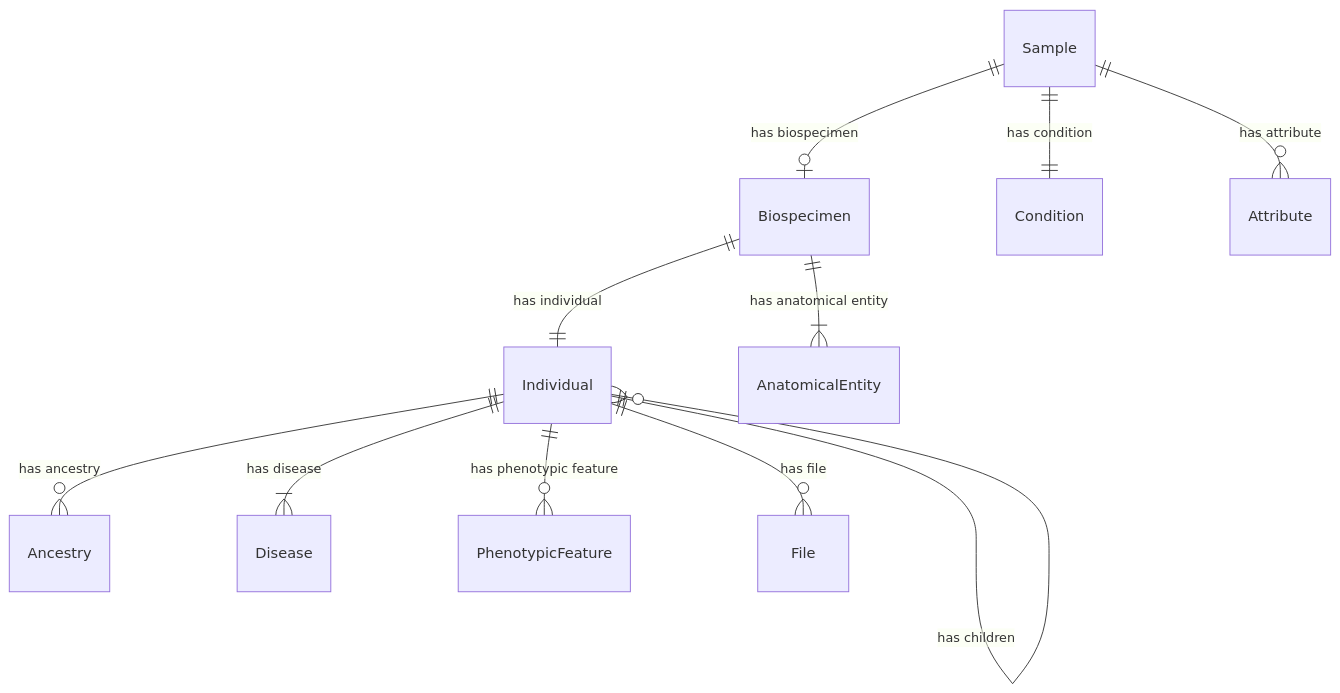
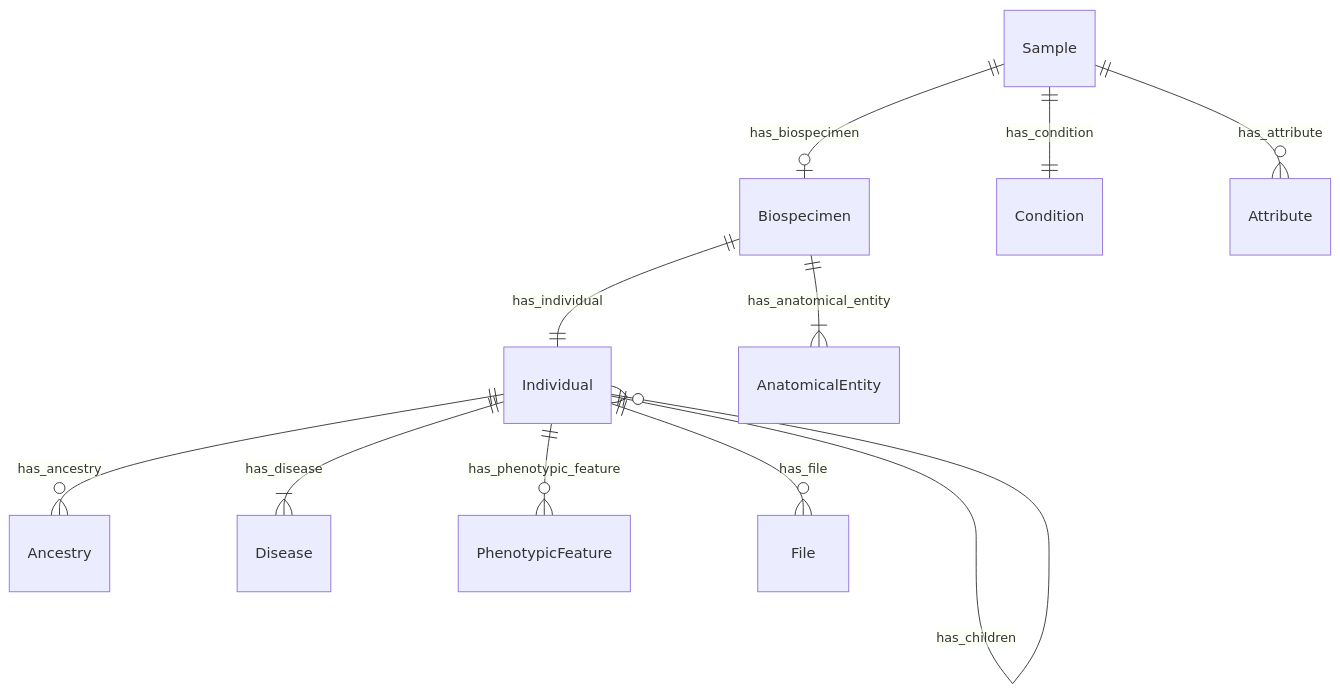
One commit to ghga-de/ghga-metadata-schema changed the second of 7 diagrams in docs/entity_relations.md. Above: the diagram before and after it, drawn with Mermaid. The commit also changed other lines of this file and 541 other files, not shown here.

````diff
--- a/docs/entity_relations.md
+++ b/docs/entity_relations.md
@@ -146,25 +146,25 @@
 ```mermaid
 erDiagram
 Individual {
 
 }
 Biospecimen {
 
 }
 Sample {
 
 }
 
-Individual ||--}o Ancestry : "has ancestry"
-Individual ||--}o Individual : "has parent"
-Individual ||--}o Individual : "has children"
-Individual ||--}| Disease : "has disease"
-Individual ||--}o PhenotypicFeature : "has phenotypic feature"
-Individual ||--}o File : "has file"
-Biospecimen ||--|| Individual : "has individual"
-Biospecimen ||--}| AnatomicalEntity : "has anatomical entity"
-Sample ||--|o Biospecimen : "has biospecimen"
-Sample ||--|| Condition : "has condition"
-Sample ||--}o Attribute : "has attribute"
+Individual ||--}o Ancestry : "has_ancestry"
+Individual ||--}o Individual : "has_parent"
+Individual ||--}o Individual : "has_children"
+Individual ||--}| Disease : "has_disease"
+Individual ||--}o PhenotypicFeature : "has_phenotypic_feature"
+Individual ||--}o File : "has_file"
+Biospecimen ||--|| Individual : "has_individual"
+Biospecimen ||--}| AnatomicalEntity : "has_anatomical_entity"
+Sample ||--|o Biospecimen : "has_biospecimen"
+Sample ||--|| Condition : "has_condition"
+Sample ||--}o Attribute : "has_attribute"
 
 ```
````
